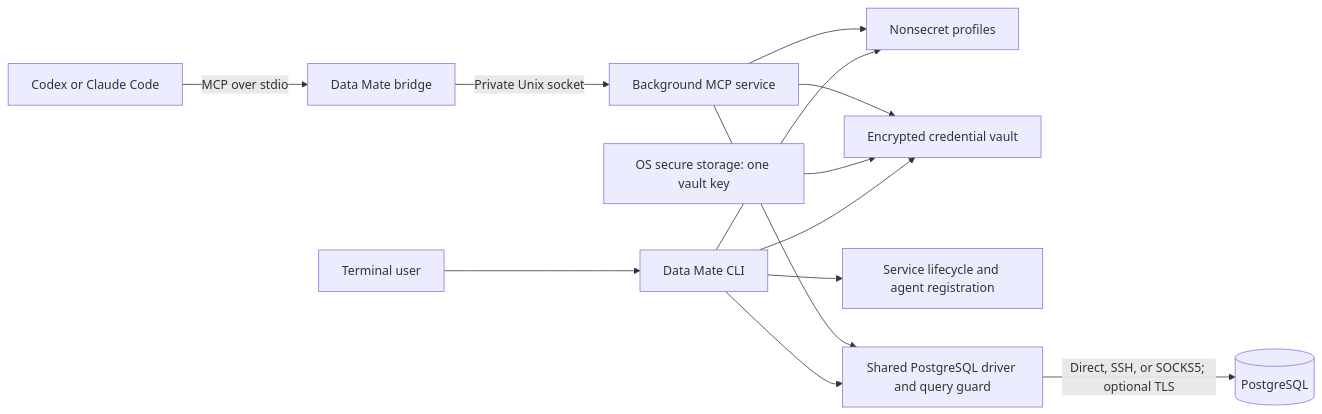
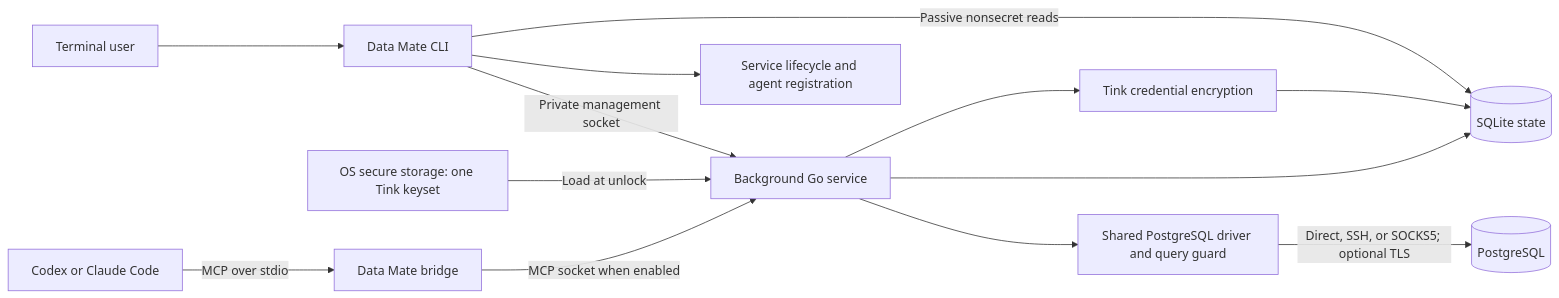
Before and after one commit to swqa7697/data-mate: the diagram in specs/DESIGN.md, drawn with Mermaid. The commit also changed other lines of this file and 1 other file, not shown here.

First line of the commit message:
docs(design): define centralized tink credential storage

````diff
--- a/specs/DESIGN.md
+++ b/specs/DESIGN.md
@@ -23,15 +24,15 @@
 ```mermaid
 flowchart LR
     User[Terminal user] --> CLI[Data Mate CLI]
-    CLI --> Config[Nonsecret profiles]
-    CLI --> Vault[Encrypted credential vault]
+    CLI -->|Private management socket| Service[Background Go service]
     CLI --> Lifecycle[Service lifecycle and agent registration]
-    CLI --> Driver[Shared PostgreSQL driver and query guard]
-    Keychain[OS secure storage: one vault key] --> Vault
+    CLI -->|Passive nonsecret reads| Store[(SQLite state)]
+    Keychain[OS secure storage: one Tink keyset] -->|Load at unlock| Service
     Agent[Codex or Claude Code] -->|MCP over stdio| Bridge[Data Mate bridge]
-    Bridge -->|Private Unix socket| Service[Background MCP service]
-    Service --> Config
-    Service --> Vault
-    Service --> Driver
+    Bridge -->|MCP socket when enabled| Service
+    Service --> Vault[Tink credential encryption]
+    Vault --> Store
+    Service --> Store
+    Service --> Driver[Shared PostgreSQL driver and query guard]
     Driver -->|Direct, SSH, or SOCKS5; optional TLS| DB[(PostgreSQL)]
 ```
````
